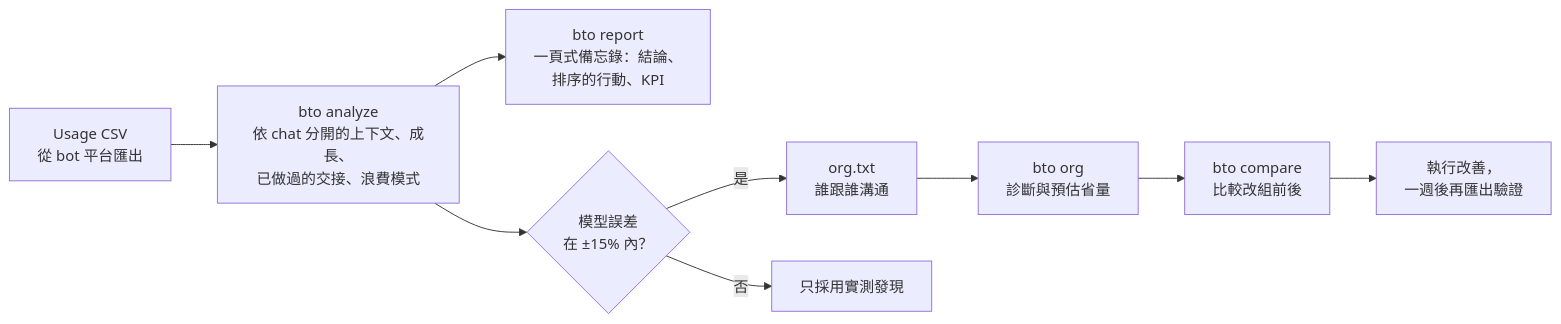
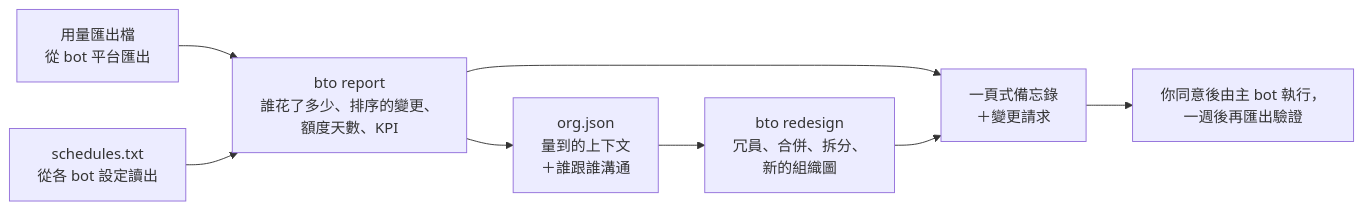
The first of 2 diagrams in README.zh-TW.md (EndeavorYen/bot-token-optimizer), drawn with Mermaid before and after one commit. The commit also changed other lines of this file and 7 other files, not shown here.

````diff
--- a/README.zh-TW.md
+++ b/README.zh-TW.md
@@ -177,11 +183,10 @@
 ```mermaid
 flowchart LR
-    A[Usage CSV<br/>從 bot 平台匯出] --> B[bto analyze<br/>依 chat 分開的上下文、成長、<br/>已做過的交接、浪費模式]
-    B --> R[bto report<br/>一頁式備忘錄：結論、<br/>排序的行動、KPI]
-    B --> C{模型誤差<br/>在 ±15% 內？}
-    C -- 是 --> D[org.txt<br/>誰跟誰溝通]
-    C -- 否 --> E[只採用實測發現]
-    D --> F[bto org<br/>診斷與預估省量]
-    F --> G[bto compare<br/>比較改組前後]
-    G --> H[執行改善，<br/>一週後再匯出驗證]
+    A[用量匯出檔<br/>從 bot 平台匯出] --> R[bto report<br/>誰花了多少、排序的變更、<br/>額度天數、KPI]
+    S[schedules.txt<br/>從各 bot 設定讀出] --> R
+    R --> M[一頁式備忘錄<br/>＋變更請求]
+    R --> O[org.json<br/>量到的上下文<br/>＋誰跟誰溝通]
+    O --> D[bto redesign<br/>冗員、合併、拆分、<br/>新的組織圖]
+    D --> M
+    M --> H[你同意後由主 bot 執行，<br/>一週後再匯出驗證]
 ```
````
